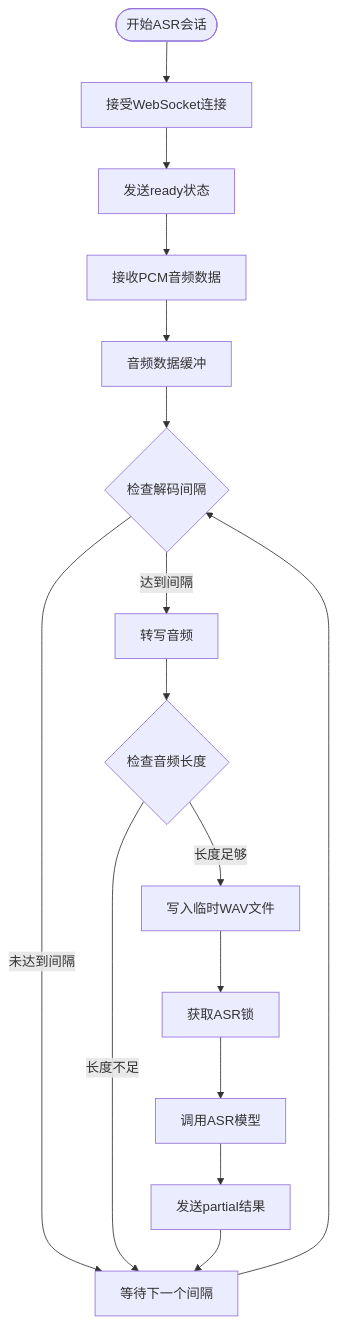
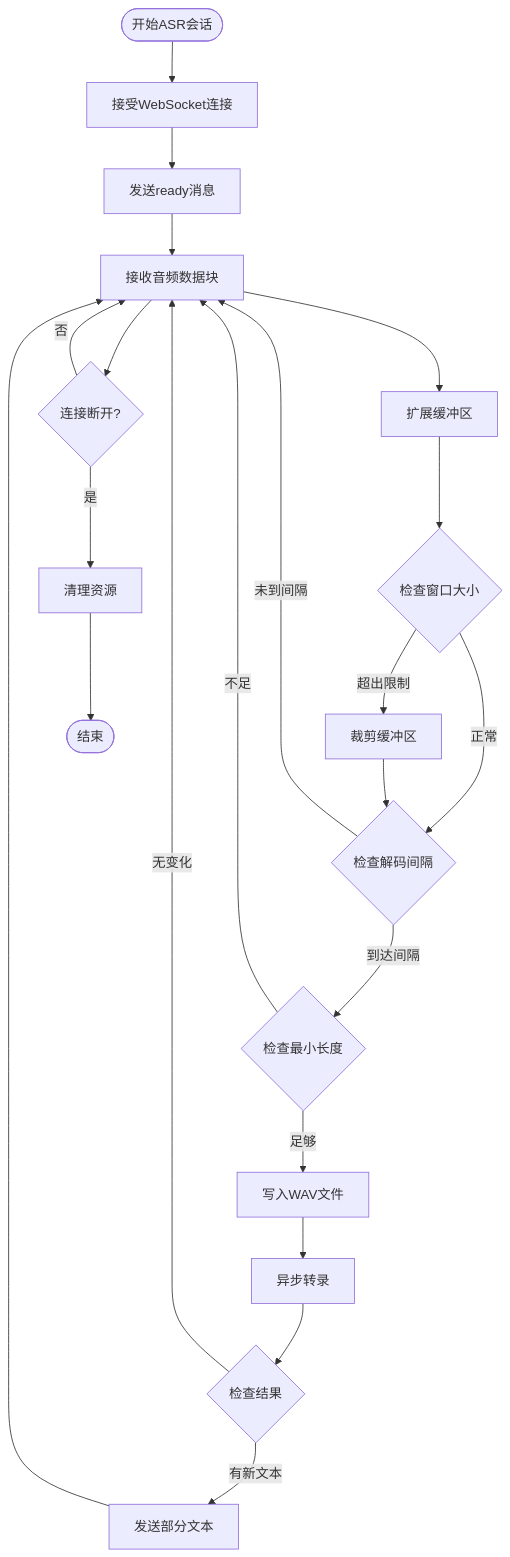
Before and after one commit to 1024dashen/Vue3Speech: the third of 7 diagrams in .qoder/repowiki/zh/content/语音合成服务/实时TTS合成.md, drawn with Mermaid. The commit also changed other lines of this file and 3 other files, not shown here.

````diff
--- a/.qoder/repowiki/zh/content/语音合成服务/实时TTS合成.md
+++ b/.qoder/repowiki/zh/content/语音合成服务/实时TTS合成.md
@@ -772,18 +153,24 @@
 ```mermaid
 flowchart TD
-Start([开始ASR会话]) --> Accept[接受WebSocket连接]
-Accept --> Ready[发送ready状态]
-Ready --> Receive[接收PCM音频数据]
-Receive --> Buffer[音频数据缓冲]
-Buffer --> CheckInterval{检查解码间隔}
-CheckInterval --> |达到间隔| Transcribe[转写音频]
-CheckInterval --> |未达到间隔| Wait[等待下一个间隔]
-Transcribe --> CheckLength{检查音频长度}
-CheckLength --> |长度足够| WriteWav[写入临时WAV文件]
-CheckLength --> |长度不足| Wait
-WriteWav --> ASRLock[获取ASR锁]
-ASRLock --> ASRTranscribe[调用ASR模型]
-ASRTranscribe --> SendPartial[发送partial结果]
-SendPartial --> Wait
-Wait --> CheckInterval
+Start([开始ASR会话]) --> AcceptWS[接受WebSocket连接]
+AcceptWS --> SendReady[发送ready消息]
+SendReady --> ReceiveChunk[接收音频数据块]
+ReceiveChunk --> BufferExtend[扩展缓冲区]
+BufferExtend --> CheckWindow{检查窗口大小}
+CheckWindow --> |超出限制| TrimBuffer[裁剪缓冲区]
+CheckWindow --> |正常| CheckInterval{检查解码间隔}
+TrimBuffer --> CheckInterval
+CheckInterval --> |未到间隔| ReceiveChunk
+CheckInterval --> |到达间隔| CheckSize{检查最小长度}
+CheckSize --> |不足| ReceiveChunk
+CheckSize --> |足够| WriteWAV[写入WAV文件]
+WriteWAV --> Transcribe[异步转录]
+Transcribe --> CheckResult{检查结果}
+CheckResult --> |有新文本| SendPartial[发送部分文本]
+CheckResult --> |无变化| ReceiveChunk
+SendPartial --> ReceiveChunk
+ReceiveChunk --> Disconnect{连接断开?}
+Disconnect --> |否| ReceiveChunk
+Disconnect --> |是| Cleanup[清理资源]
+Cleanup --> End([结束])
 ```
````
